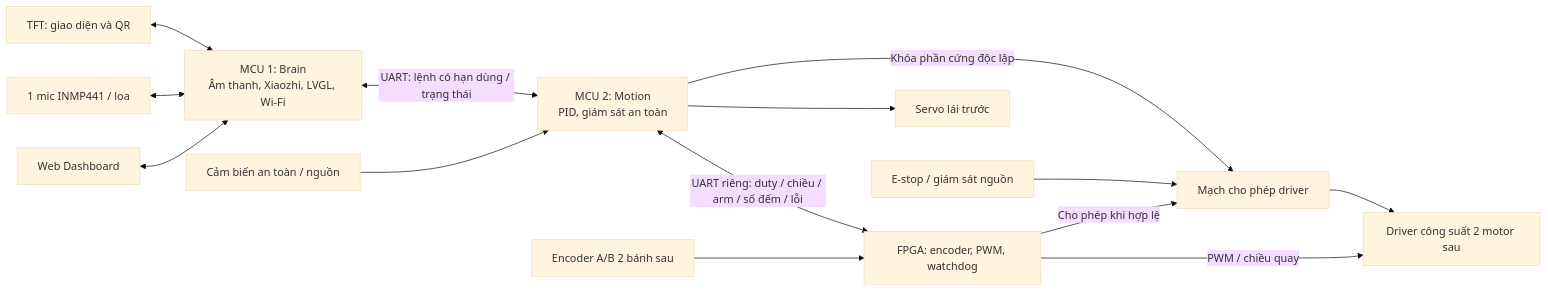
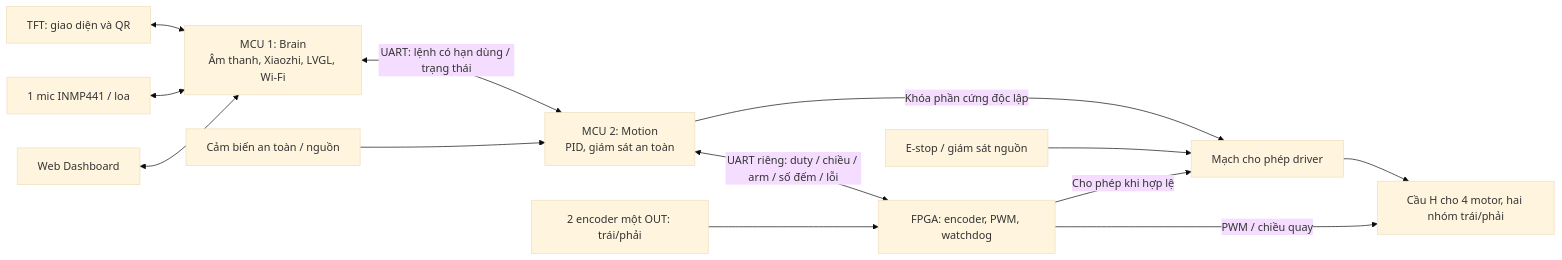
The diagram in README.md (TuanDanny/AW-Car), drawn with Mermaid (base theme) before and after one commit. The commit also changed other lines of this file and 26 other files, not shown here.

Commit message:
feat(fpga): hỗ trợ lùi, quay và encoder một OUT

````diff
--- a/README.md
+++ b/README.md
@@ -71,16 +72,15 @@
 ```mermaid
 flowchart LR
     Web[Web Dashboard] <--> Brain["MCU 1: Brain\nÂm thanh, Xiaozhi, LVGL, Wi-Fi"]
     Audio["1 mic INMP441 / loa"] <--> Brain
     TFT["TFT: giao diện và QR"] <--> Brain
     Brain <-->|"UART: lệnh có hạn dùng / trạng thái"| Motion["MCU 2: Motion\nPID, giám sát an toàn"]
     Sensors["Cảm biến an toàn / nguồn"] --> Motion
-    Encoder["Encoder A/B 2 bánh sau"] --> FPGA["FPGA: encoder, PWM, watchdog"]
+    Encoder["2 encoder một OUT: trái/phải"] --> FPGA["FPGA: encoder, PWM, watchdog"]
     Motion <-->|"UART riêng: duty / chiều / arm / số đếm / lỗi"| FPGA
-    FPGA -->|"PWM / chiều quay"| Drive["Driver công suất 2 motor sau"]
-    Motion --> Servo["Servo lái trước"]
+    FPGA -->|"PWM / chiều quay"| Drive["Cầu H cho 4 motor, hai nhóm trái/phải"]
     Motion -->|"Khóa phần cứng độc lập"| Gate["Mạch cho phép driver"]
     FPGA -->|"Cho phép khi hợp lệ"| Gate
     Stop["E-stop / giám sát nguồn"] --> Gate
     Gate --> Drive
 ```
````
